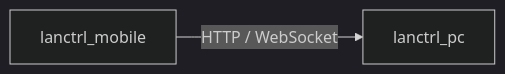
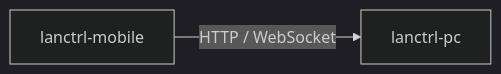
One commit to bigbiglv/lanctrl changed the diagram in README.md. Above: the diagram before and after it, drawn with Mermaid (dark theme). The commit also changed other lines of this file and 163 other files, not shown here.

````diff
--- a/README.md
+++ b/README.md
@@ -5,4 +5,4 @@
 ```mermaid
 graph LR
-    lanctrl_mobile[lanctrl_mobile] -- HTTP / WebSocket --> lanctrl_pc[lanctrl_pc]
+    lanctrl-mobile[lanctrl-mobile] -- HTTP / WebSocket --> lanctrl-pc[lanctrl-pc]
 ```
````
